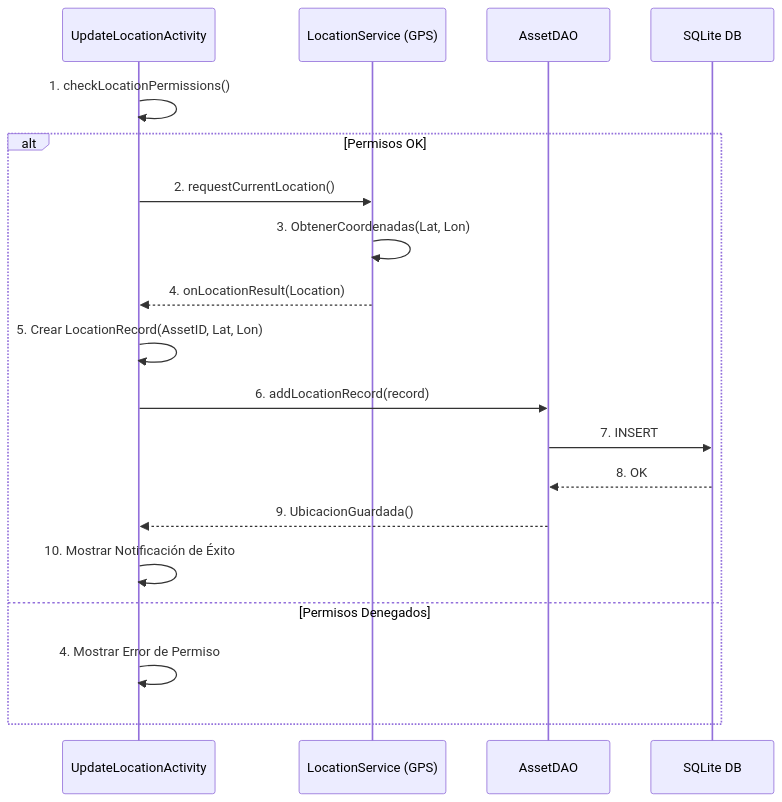
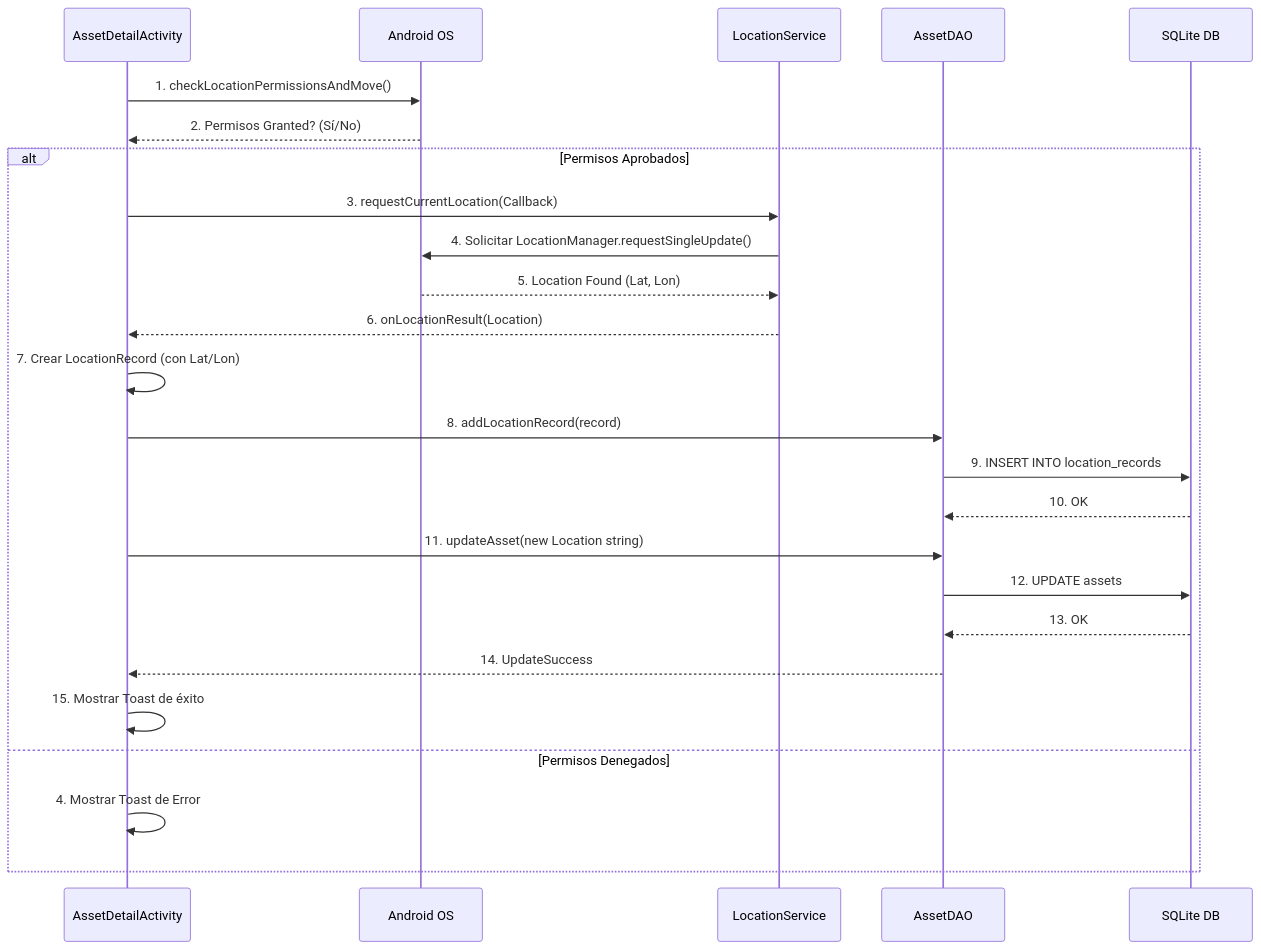
One commit to BenjaminPizarro/AppdeGestiondeQR changed the third of 3 diagrams in README.md. Above: the diagram before and after it, drawn with Mermaid. The commit also changed other lines of this file, not shown here.

````diff
--- a/README.md
+++ b/README.md
@@ -105,22 +126,31 @@
 ```mermaid
 sequenceDiagram
-    participant UI as UpdateLocationActivity
-    participant LS as LocationService (GPS)
+    participant UI as AssetDetailActivity
+    participant OS as Android OS
+    participant LS as LocationService
     participant DAO as AssetDAO
     participant DB as SQLite DB
 
-    UI->>UI: 1. checkLocationPermissions()
-    alt Permisos OK
-        UI->>LS: 2. requestCurrentLocation()
-        LS->>LS: 3. ObtenerCoordenadas(Lat, Lon)
-        LS-->>UI: 4. onLocationResult(Location)
-        UI->>UI: 5. Crear LocationRecord(AssetID, Lat, Lon)
-        UI->>DAO: 6. addLocationRecord(record)
-        DAO->>DB: 7. INSERT
-        DB-->>DAO: 8. OK
-        DAO-->>UI: 9. UbicacionGuardada()
-        UI->>UI: 10. Mostrar Notificación de Éxito
+    UI->>OS: 1. checkLocationPermissionsAndMove()
+    OS-->>UI: 2. Permisos Granted? (Sí/No)
+    
+    alt Permisos Aprobados
+        UI->>LS: 3. requestCurrentLocation(Callback)
+        LS->>OS: 4. Solicitar LocationManager.requestSingleUpdate()
+        OS-->>LS: 5. Location Found (Lat, Lon)
+        LS-->>UI: 6. onLocationResult(Location)
+        
+        UI->>UI: 7. Crear LocationRecord (con Lat/Lon)
+        UI->>DAO: 8. addLocationRecord(record)
+        DAO->>DB: 9. INSERT INTO location_records
+        DB-->>DAO: 10. OK
+        
+        UI->>DAO: 11. updateAsset(new Location string)
+        DAO->>DB: 12. UPDATE assets
+        DB-->>DAO: 13. OK
+        DAO-->>UI: 14. UpdateSuccess
+        UI->>UI: 15. Mostrar Toast de éxito
     else Permisos Denegados
-        UI->>UI: 4. Mostrar Error de Permiso
+        UI->>UI: 4. Mostrar Toast de Error
     end
 ```
````
